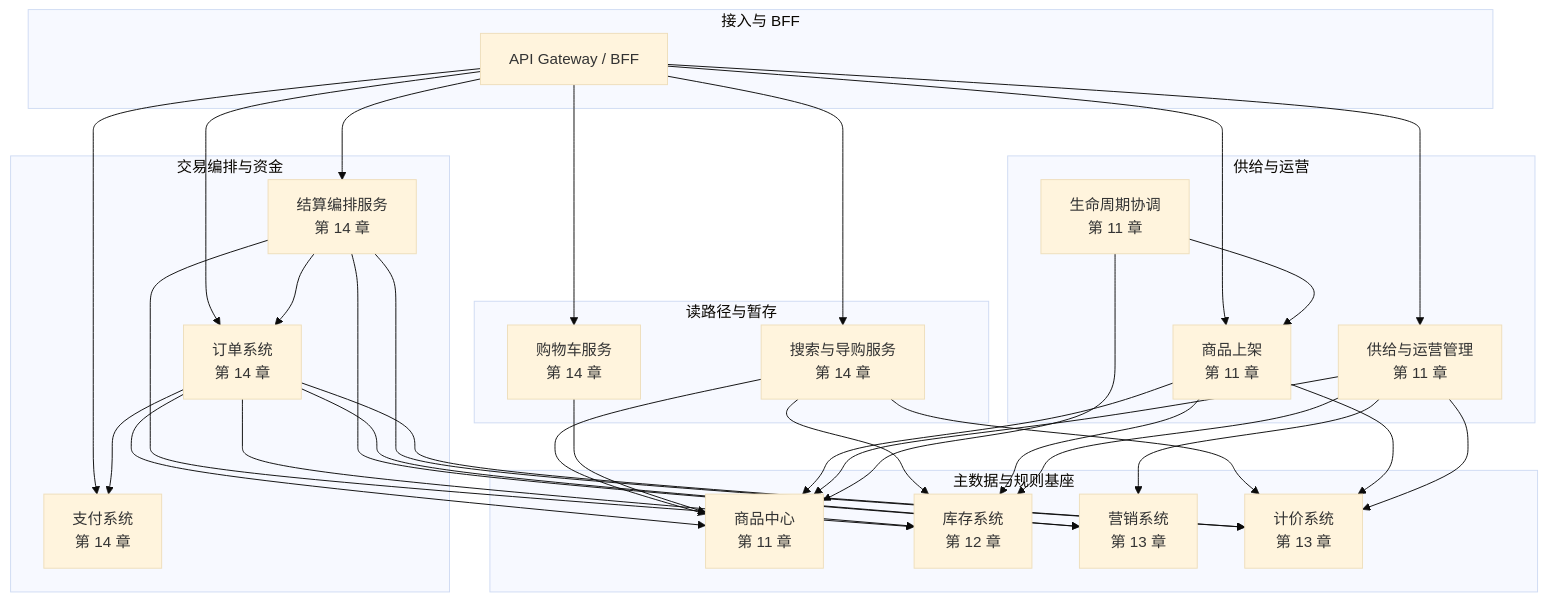
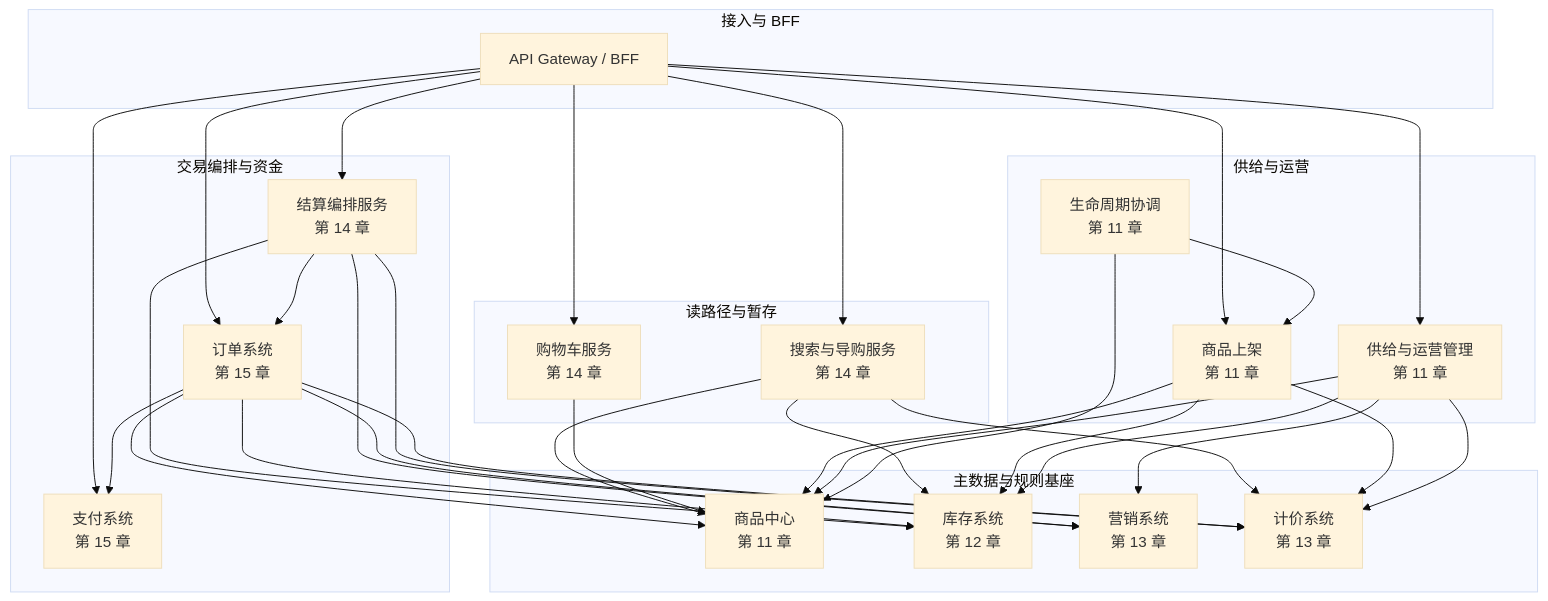
One commit to wxquare/wxquare.github.io changed the third of 9 diagrams in books/reliable-system-design/src/part02/10-ecommerce-overview.md. Above: the diagram before and after it, drawn with Mermaid (base theme). The commit also changed other lines of this file and 12 other files, not shown here.

````diff
--- a/books/reliable-system-design/src/part02/10-ecommerce-overview.md
+++ b/books/reliable-system-design/src/part02/10-ecommerce-overview.md
@@ -166,64 +166,64 @@
 ```mermaid
 flowchart TB
   subgraph L0["接入与 BFF"]
     GW[API Gateway / BFF]
   end
 
   subgraph L_read["读路径与暂存"]
     SearchSvc["搜索与导购服务<br/>第 14 章"]
     CartSvc["购物车服务<br/>第 14 章"]
   end
 
   subgraph L_data["主数据与规则基座"]
     ProductSvc["商品中心<br/>第 11 章"]
     InvSvc["库存系统<br/>第 12 章"]
     MktSvc["营销系统<br/>第 13 章"]
     PriceSvc["计价系统<br/>第 13 章"]
   end
 
   subgraph L_trade["交易编排与资金"]
     CheckoutSvc["结算编排服务<br/>第 14 章"]
-    OrderSvc["订单系统<br/>第 14 章"]
-    PaySvc["支付系统<br/>第 14 章"]
+    OrderSvc["订单系统<br/>第 15 章"]
+    PaySvc["支付系统<br/>第 15 章"]
   end
 
   subgraph L_supply["供给与运营"]
     ListingSvc["商品上架<br/>第 11 章"]
     OpsSvc["供给与运营管理<br/>第 11 章"]
     LifeSvc["生命周期协调<br/>第 11 章"]
   end
 
   GW --> SearchSvc
   GW --> CartSvc
   GW --> CheckoutSvc
   GW --> OrderSvc
   GW --> PaySvc
   GW --> ListingSvc
   GW --> OpsSvc
 
   SearchSvc --> ProductSvc
   SearchSvc --> InvSvc
   SearchSvc --> PriceSvc
   CartSvc --> ProductSvc
 
   CheckoutSvc --> PriceSvc
   CheckoutSvc --> InvSvc
   CheckoutSvc --> MktSvc
   CheckoutSvc --> OrderSvc
 
   OrderSvc --> ProductSvc
   OrderSvc --> InvSvc
   OrderSvc --> MktSvc
   OrderSvc --> PriceSvc
   OrderSvc --> PaySvc
 
   ListingSvc --> ProductSvc
   ListingSvc --> InvSvc
   ListingSvc --> PriceSvc
   OpsSvc --> ProductSvc
   OpsSvc --> InvSvc
   OpsSvc --> MktSvc
   OpsSvc --> PriceSvc
   LifeSvc --> ProductSvc
   LifeSvc --> ListingSvc
 ```
````
